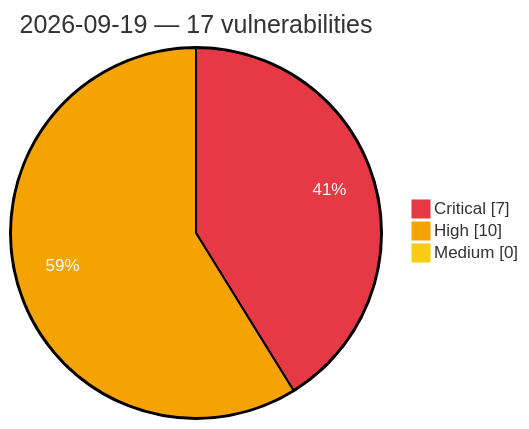
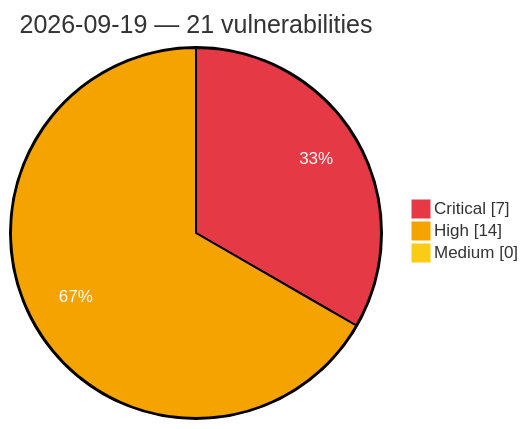
The diagram in vulnerabilities/2026/September/2026-09-19.md (GhostX0X/vuln-tracker), drawn with Mermaid before and after one commit. The commit also changed other lines of this file and 5 other files, not shown here.

````diff
--- a/vulnerabilities/2026/September/2026-09-19.md
+++ b/vulnerabilities/2026/September/2026-09-19.md
@@ -3,8 +3,8 @@
 ```mermaid
 %%{init: {'theme':'base', 'themeVariables': {'pie1':'#e63946', 'pie2':'#f4a300', 'pie3':'#facc15', 'pieOpacity':'1', 'pieOuterStrokeWidth':'2px', 'pieSectionTextColor':'#ffffff'}}}%%
 pie showData
-    title 2026-09-19 — 17 vulnerabilities
+    title 2026-09-19 — 21 vulnerabilities
     "Critical" : 7
-    "High" : 10
+    "High" : 14
     "Medium" : 0
 ```
````
